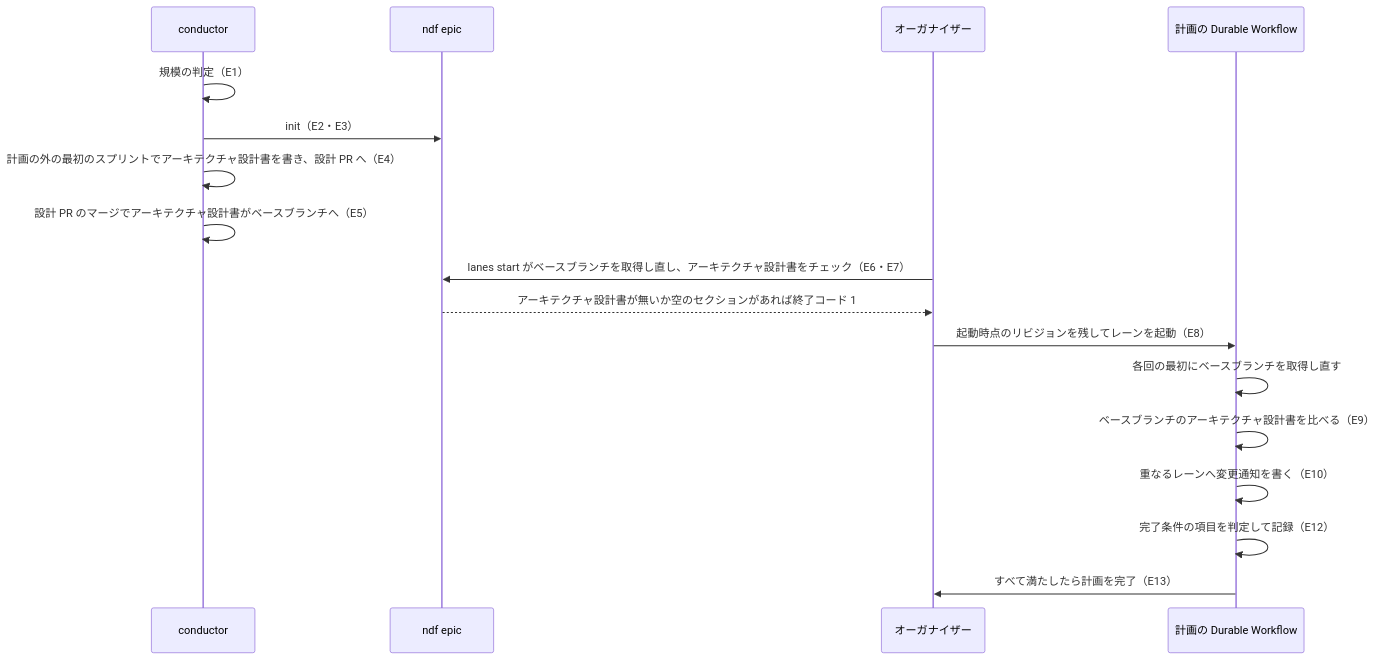
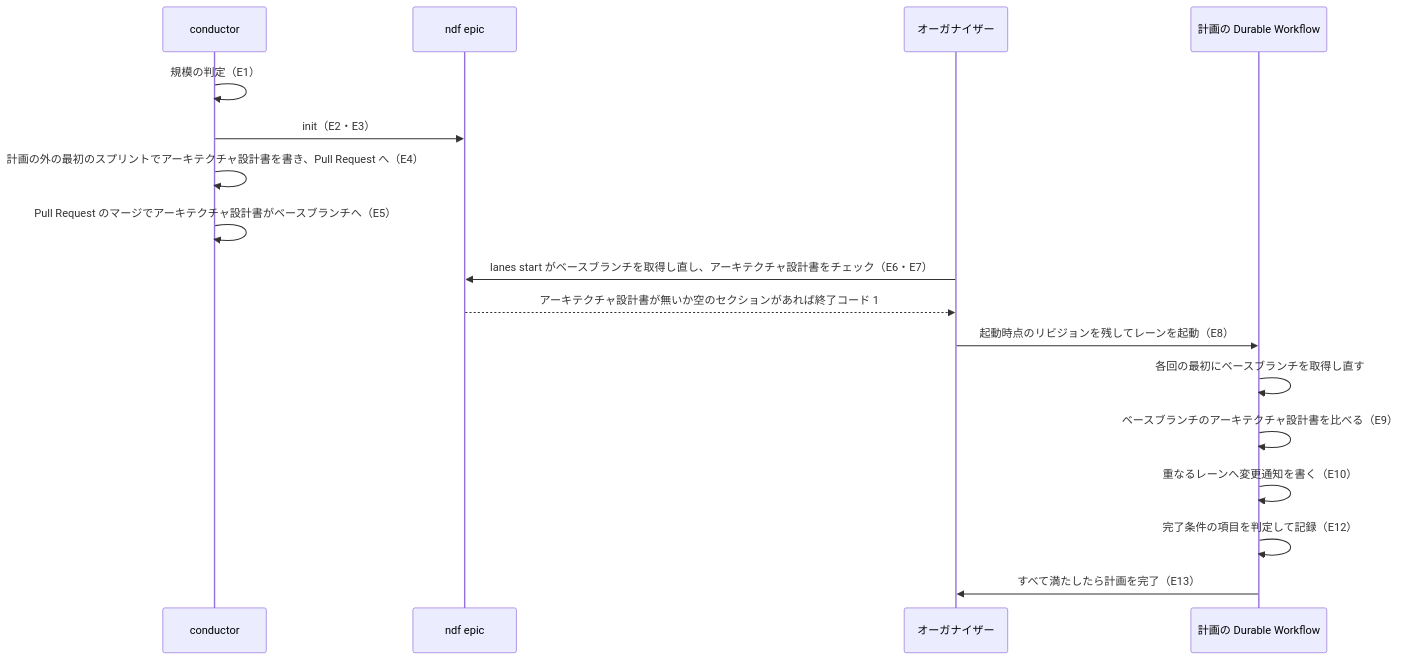
The fourth of 5 diagrams in issues/issue-3600-design.md (devbasex/ai-plugins), drawn with Mermaid before and after one commit. The commit also changed other lines of this file and 1 other file, not shown here.

````diff
--- a/issues/issue-3600-design.md
+++ b/issues/issue-3600-design.md
@@ -454,19 +496,19 @@
 ```mermaid
 sequenceDiagram
     participant C as conductor
     participant E as ndf epic
     participant O as オーガナイザー
     participant W as 計画の Durable Workflow
     C->>C: 規模の判定（E1）
     C->>E: init（E2・E3）
-    C->>C: 計画の外の最初のスプリントでアーキテクチャ設計書を書き、設計 PR へ（E4）
-    C->>C: 設計 PR のマージでアーキテクチャ設計書がベースブランチへ（E5）
+    C->>C: 計画の外の最初のスプリントでアーキテクチャ設計書を書き、Pull Request へ（E4）
+    C->>C: Pull Request のマージでアーキテクチャ設計書がベースブランチへ（E5）
     O->>E: lanes start がベースブランチを取得し直し、アーキテクチャ設計書をチェック（E6・E7）
     E-->>O: アーキテクチャ設計書が無いか空のセクションがあれば終了コード 1
     O->>W: 起動時点のリビジョンを残してレーンを起動（E8）
     W->>W: 各回の最初にベースブランチを取得し直す
     W->>W: ベースブランチのアーキテクチャ設計書を比べる（E9）
     W->>W: 重なるレーンへ変更通知を書く（E10）
     W->>W: 完了条件の項目を判定して記録（E12）
     W->>O: すべて満たしたら計画を完了（E13）
 ```
````
